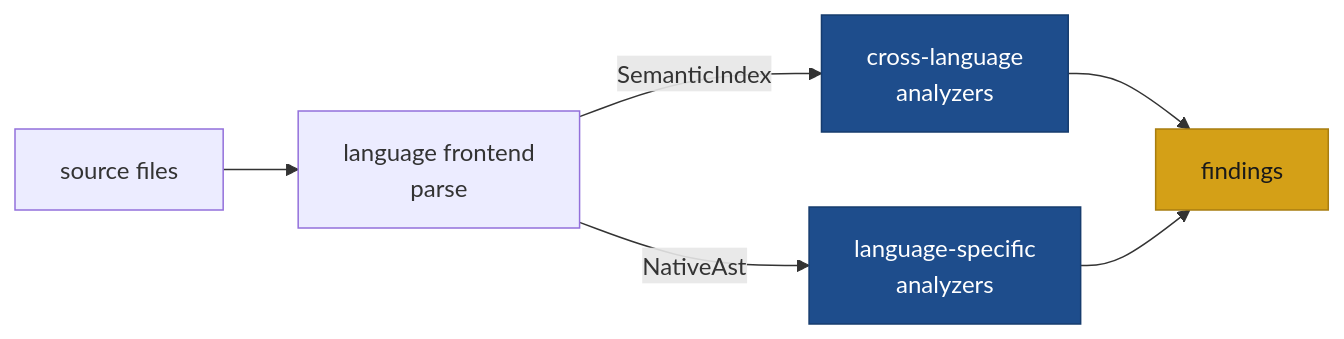
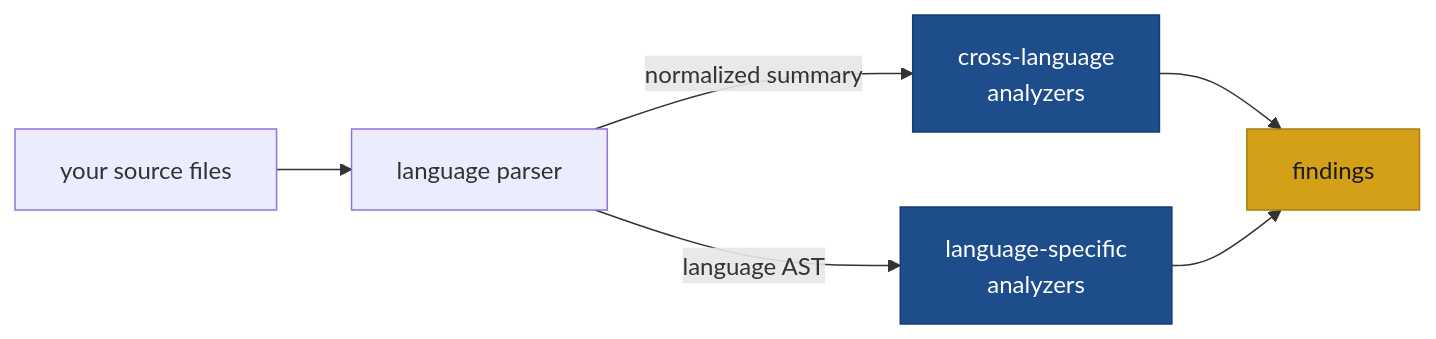
One commit to shubhamkaushal765/codelens-docs changed the diagram in docs/concepts/analyzers-and-findings.md. Above: the diagram before and after it, drawn with Mermaid. The commit also changed other lines of this file and 30 other files, not shown here.

````diff
--- a/docs/concepts/analyzers-and-findings.md
+++ b/docs/concepts/analyzers-and-findings.md
@@ -19,11 +65,11 @@
 ```mermaid
 flowchart LR
-    SRC[source files] --> FE[language frontend\nparse]
-    FE -->|SemanticIndex| CA[cross-language\nanalyzers]:::primary
-    FE -->|NativeAst| LA[language-specific\nanalyzers]:::primary
+    SRC[your source files] --> FE[language parser]
+    FE -->|normalized summary| CA[cross-language\nanalyzers]:::primary
+    FE -->|language AST| LA[language-specific\nanalyzers]:::primary
     CA --> FND[findings]:::accent
     LA --> FND
 
     classDef primary fill:#1e4d8c,color:#fff,stroke:#163c6e
     classDef accent fill:#d4a017,color:#1a1a1a,stroke:#a87d10
 ```
````
